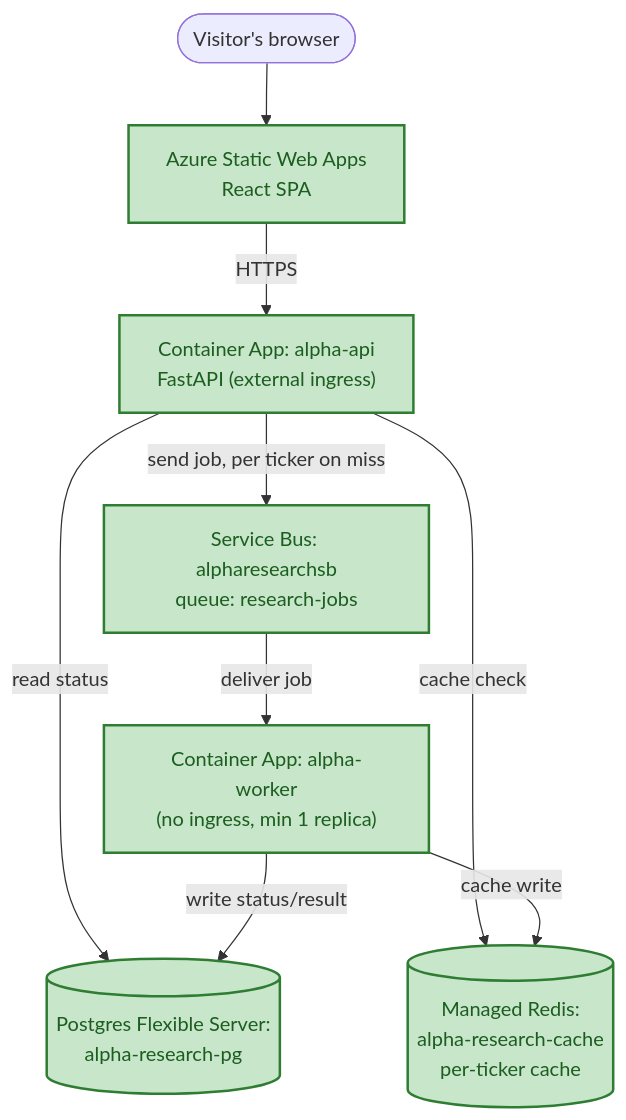
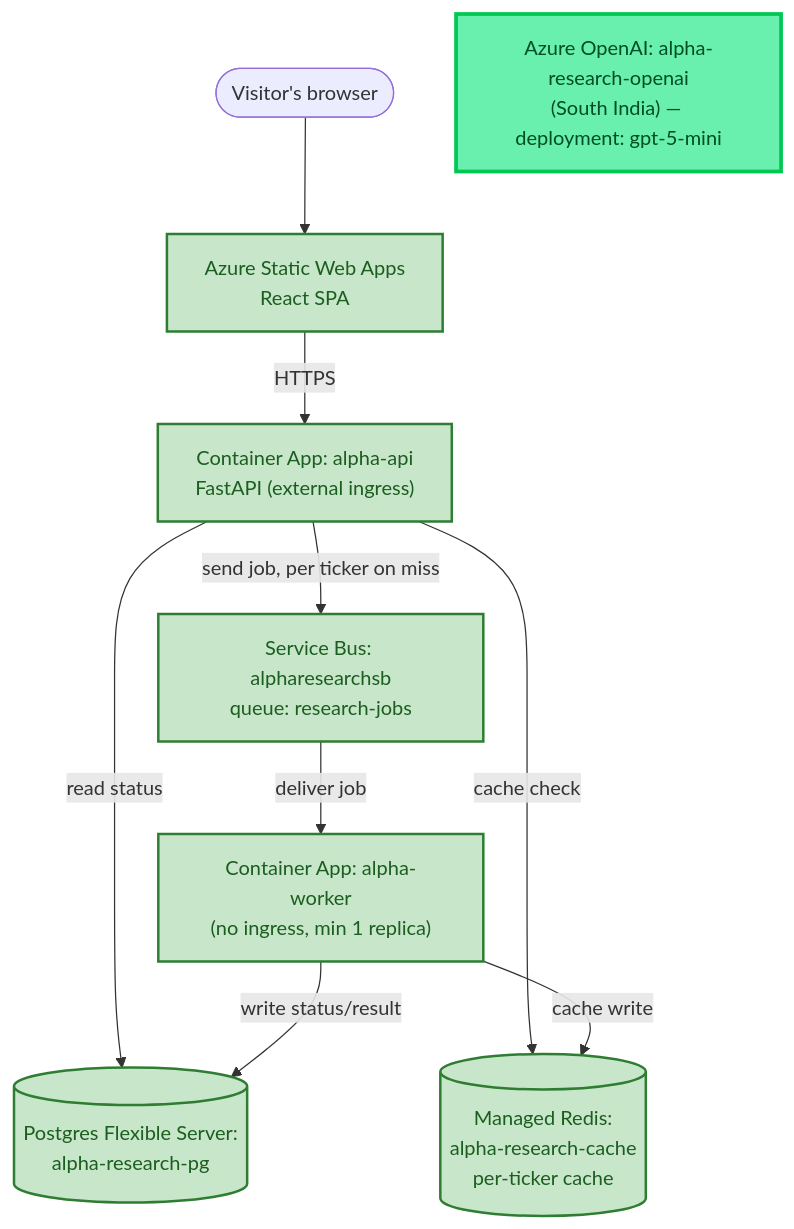
One commit to jovinod/agenticAI changed the third of 3 diagrams in book/chapter-04-the-first-agent.md. Above: the diagram before and after it, drawn with Mermaid. The commit also changed other lines of this file and 7 other files, not shown here.

````diff
--- a/book/chapter-04-the-first-agent.md
+++ b/book/chapter-04-the-first-agent.md
@@ -376,22 +416,25 @@
 ```mermaid
 flowchart TB
     User(["Visitor's browser"])
     SWA["Azure Static Web Apps<br/>React SPA"]
     API["Container App: alpha-api<br/>FastAPI (external ingress)"]
     SB["Service Bus: alpharesearchsb<br/>queue: research-jobs"]
     Worker["Container App: alpha-worker<br/>(no ingress, min 1 replica)"]
     PG[("Postgres Flexible Server:<br/>alpha-research-pg")]
     Redis[("Managed Redis:<br/>alpha-research-cache<br/>per-ticker cache")]
+    OpenAI["Azure OpenAI: alpha-research-openai<br/>(South India) — deployment: gpt-5-mini"]
 
     User --> SWA
     SWA -->|HTTPS| API
     API -->|send job, per ticker on miss| SB
     SB -->|deliver job| Worker
     API -->|read status| PG
     Worker -->|write status/result| PG
     API -->|cache check| Redis
     Worker -->|cache write| Redis
 
     classDef existing fill:#c8e6c9,stroke:#2e7d32,stroke-width:2px,color:#1b5e20
+    classDef new fill:#69f0ae,stroke:#00c853,stroke-width:3px,color:#004d26
     class SWA,API,SB,Worker,PG,Redis existing
+    class OpenAI new
 ```
````
